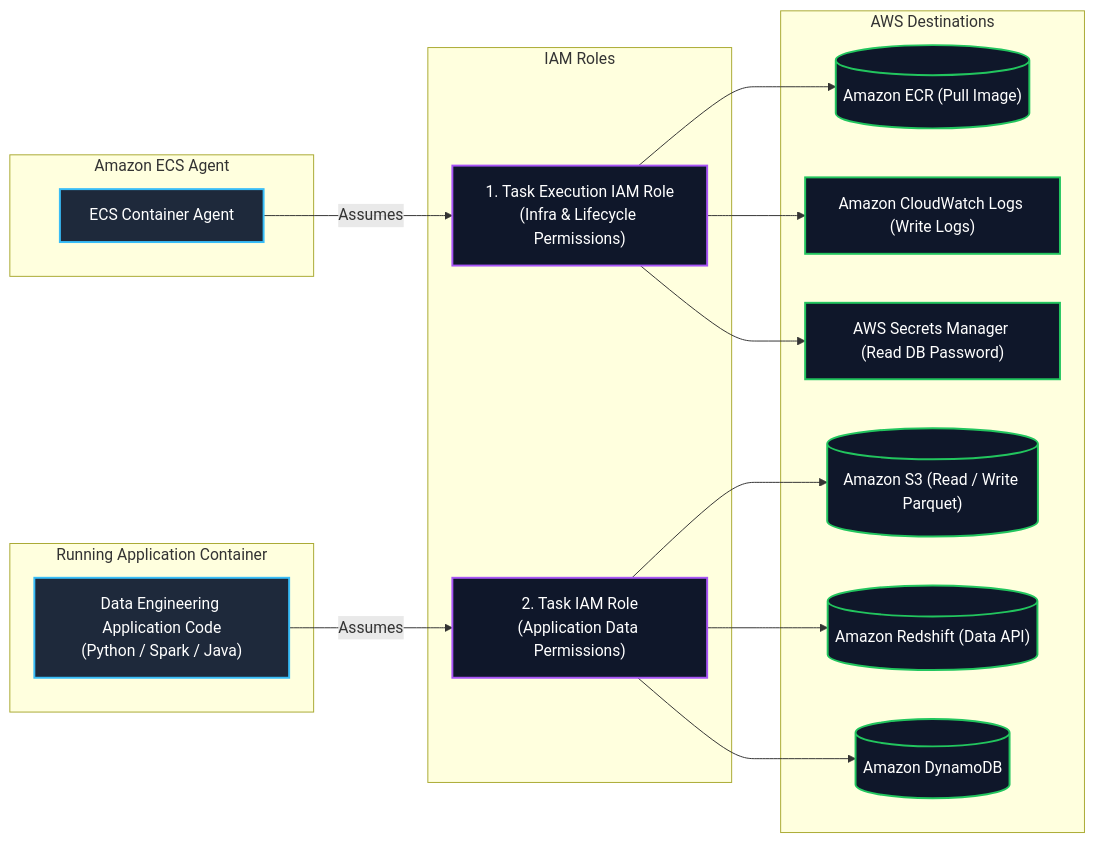
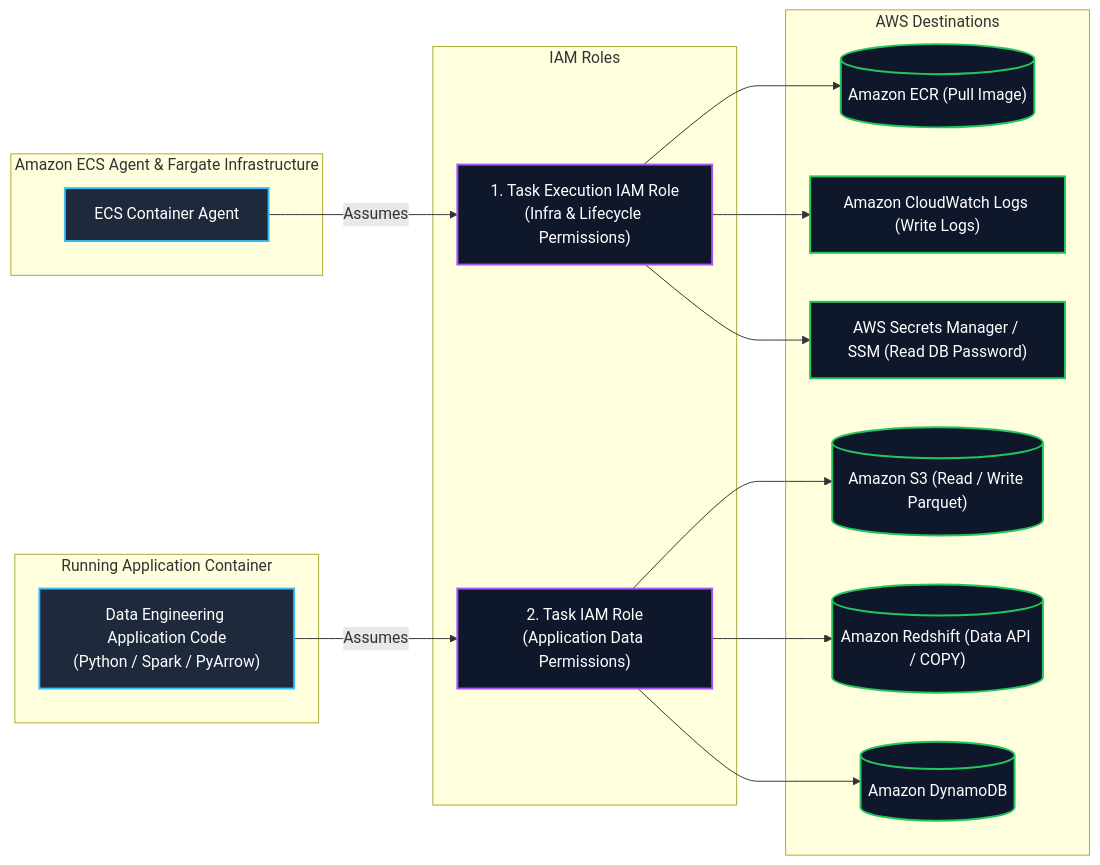
Before and after one commit to Wathon/aws-dea-c01-note: the sixth of 12 diagrams in content/02-services/compute-containers/ecr-ecs-eks.md, drawn with Mermaid. The commit also changed other lines of this file, not shown here.

Commit message:
feat(containers): enrich ECR, ECS, and EKS deep dive with comprehensive architecture, IAM role separation, storage CSI drivers, and EMR on EKS

````diff
--- a/content/02-services/compute-containers/ecr-ecs-eks.md
+++ b/content/02-services/compute-containers/ecr-ecs-eks.md
@@ -175,42 +299,42 @@
 ```mermaid
 graph LR
-    subgraph ECSService["Amazon ECS Agent"]
+    subgraph ECSService["Amazon ECS Agent & Fargate Infrastructure"]
         Agent["ECS Container Agent"]
     end
 
     subgraph ContainerRuntime["Running Application Container"]
-        App["Data Engineering Application Code<br/>(Python / Spark / Java)"]
+        App["Data Engineering Application Code<br/>(Python / Spark / PyArrow)"]
     end
 
     subgraph IAMRoles["IAM Roles"]
         ExecRole["1. Task Execution IAM Role<br/>(Infra & Lifecycle Permissions)"]
         TaskRole["2. Task IAM Role<br/>(Application Data Permissions)"]
     end
 
     subgraph AWSTargets["AWS Destinations"]
         ECR[("Amazon ECR (Pull Image)")]
         CW["Amazon CloudWatch Logs (Write Logs)"]
-        Secrets["AWS Secrets Manager (Read DB Password)"]
+        Secrets["AWS Secrets Manager / SSM (Read DB Password)"]
         S3Lake[("Amazon S3 (Read / Write Parquet)")]
-        RedshiftDW[("Amazon Redshift (Data API)")]
+        RedshiftDW[("Amazon Redshift (Data API / COPY)")]
         Dynamo[("Amazon DynamoDB")]
     end
 
     Agent -->|"Assumes"| ExecRole
     ExecRole --> ECR
     ExecRole --> CW
     ExecRole --> Secrets
 
     App -->|"Assumes"| TaskRole
     TaskRole --> S3Lake
     TaskRole --> RedshiftDW
     TaskRole --> Dynamo
 
     classDef comp fill:#1e293b,stroke:#38bdf8,stroke-width:2px,color:#fff;
     classDef role fill:#0f172a,stroke:#a855f7,stroke-width:2px,color:#fff;
     classDef tgt fill:#0f172a,stroke:#22c55e,stroke-width:2px,color:#fff;
 
     class Agent,App comp;
     class ExecRole,TaskRole role;
     class ECR,CW,Secrets,S3Lake,RedshiftDW,Dynamo tgt;
 ```
````
